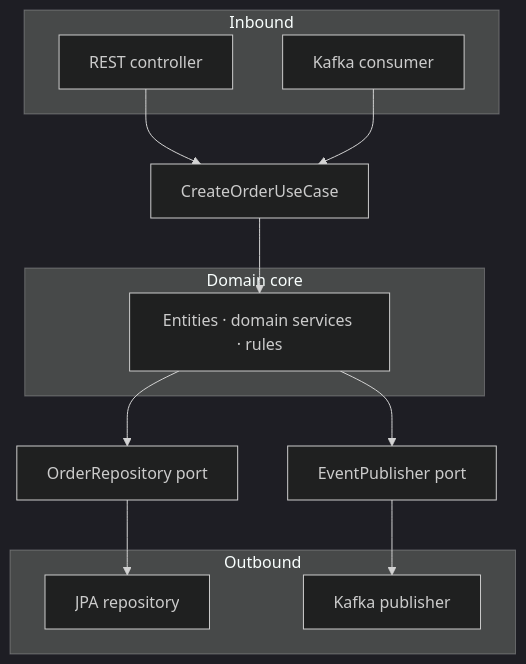
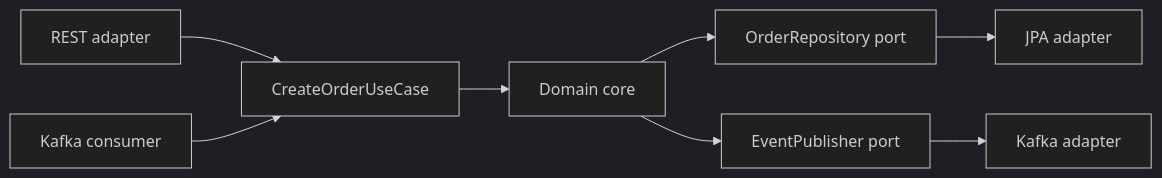
The eighth of 22 diagrams in 08-microservices/README.md (hareramcse/SystemDesign), drawn with Mermaid (dark theme) before and after one commit. The commit also changed other lines of this file and 14 other files, not shown here.

````diff
--- a/08-microservices/README.md
+++ b/08-microservices/README.md
@@ -1226,21 +838,10 @@
 ```mermaid
-flowchart TB
-    subgraph inbound [Inbound]
-        REST[REST controller]
-        KIN[Kafka consumer]
-    end
-    subgraph core [Domain core]
-        DOM[Entities · domain services · rules]
-    end
-    subgraph outbound [Outbound]
-        JPA[JPA repository]
-        KOUT[Kafka publisher]
-    end
-    REST --> IP[CreateOrderUseCase]
-    KIN --> IP
-    IP --> DOM
+flowchart LR
+    REST[REST adapter] --> IP[CreateOrderUseCase]
+    KIN[Kafka consumer] --> IP
+    IP --> DOM[Domain core]
     DOM --> OP[OrderRepository port]
-    OP --> JPA
-    DOM --> OP2[EventPublisher port]
-    OP2 --> KOUT
+    OP --> JPA[JPA adapter]
+    DOM --> EP[EventPublisher port]
+    EP --> KOUT[Kafka adapter]
 ```
````
